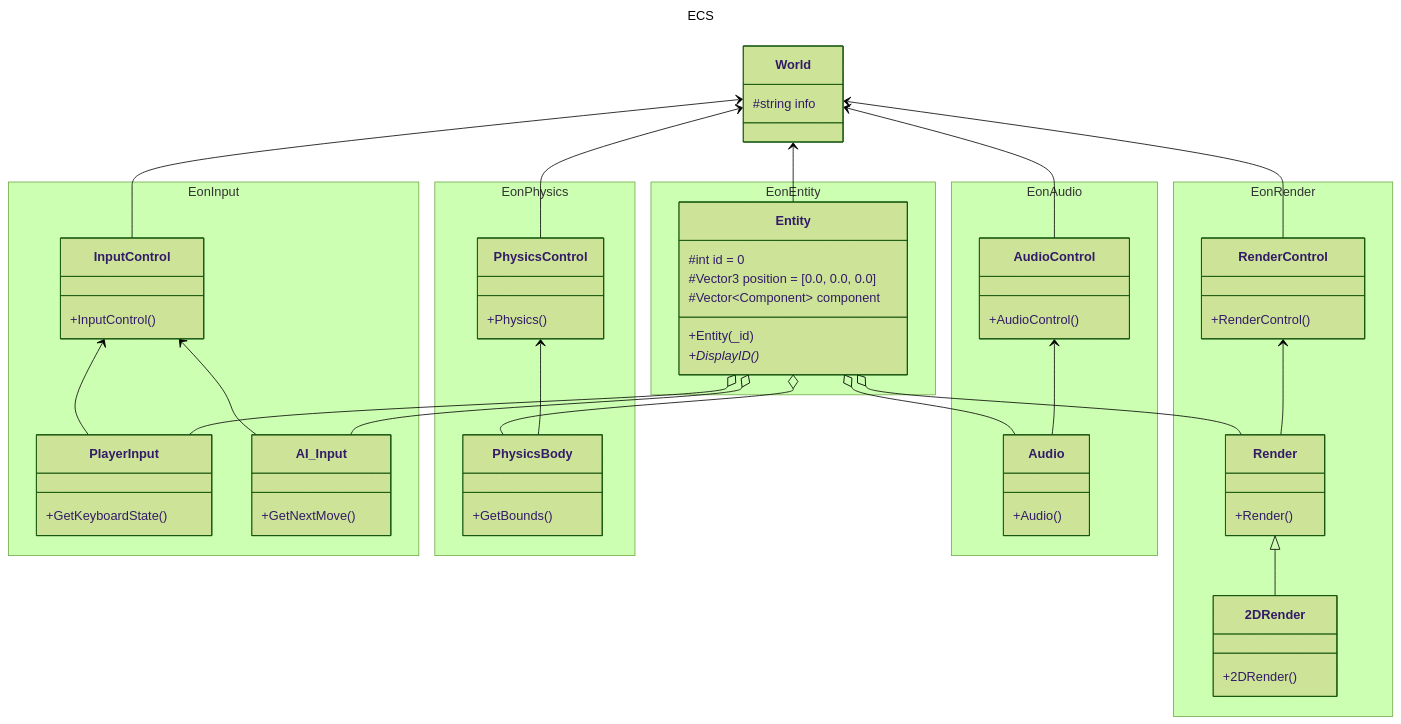
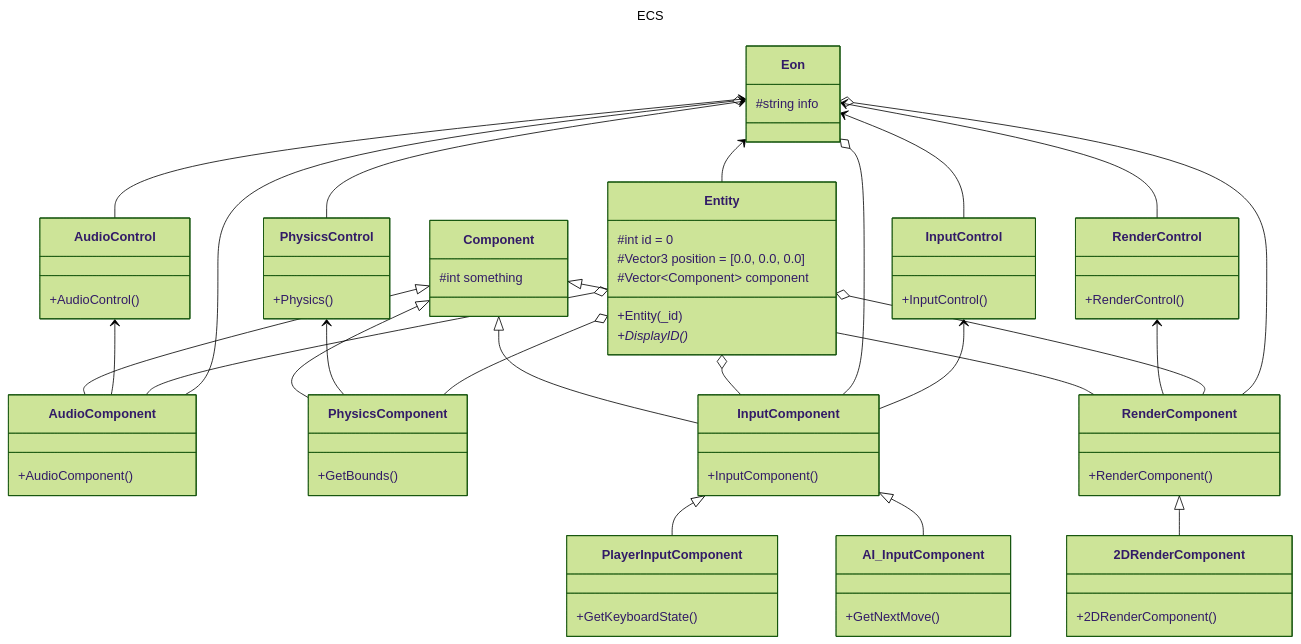
The diagram in docs/ClassDiagram.md (xololt-dev/Eon), drawn with Mermaid (forest theme) before and after one commit. The commit also changed 7 other files, not shown here.

````diff
--- a/docs/ClassDiagram.md
+++ b/docs/ClassDiagram.md
@@ -3,81 +3,87 @@
 title: ECS
 ---
 classDiagram
-	World <-- Entity
-	World <-- PhysicsControl
-	World <-- AudioControl
-	World <-- RenderControl
-	World <-- InputControl
-	PhysicsControl <-- PhysicsBody
-	AudioControl <-- Audio
-	RenderControl <-- Render
-	Entity o-- PlayerInput
-	Entity o-- AI_Input
-	InputControl <-- PlayerInput
-	InputControl <-- AI_Input
-	Entity o-- Render
-	Render <|-- 2DRender
-	Entity o-- Audio
-	Entity o-- PhysicsBody
+	Eon <-- Entity
+	Eon <-- PhysicsControl
+	Eon <-- AudioControl
+	Eon <-- RenderControl
+	Eon <-- InputControl
+	Component <|-- AudioComponent
+	Component <|-- PhysicsComponent
+	Component <|-- RenderComponent
+	Component <|-- InputComponent
+	PhysicsControl <-- PhysicsComponent
+	AudioControl <-- AudioComponent
+	RenderControl <-- RenderComponent
+	Entity o-- InputComponent
+	Eon o-- InputComponent
+	InputComponent <|-- PlayerInputComponent
+	InputComponent <|-- AI_InputComponent
+	InputControl <-- InputComponent
+	Entity o-- RenderComponent
+	Eon o-- RenderComponent
+	RenderComponent <|-- 2DRenderComponent
+	Entity o-- AudioComponent
+	Eon o-- AudioComponent
+	Entity o-- PhysicsComponent
 	
-class World {
+class Eon {
 	#string info
 }
 
-namespace EonEntity {
-	class Entity {
-		#int id = 0
-		#Vector3 position = [0.0, 0.0, 0.0]
-		#Vector~Component~ component
-		+Entity(_id) 
-		+DisplayID()*
-	}
+class Component {
+	#int something
 }
 
-namespace EonInput {
-	class InputControl {
-		+InputControl()
-	}
-	class PlayerInput {
-		+GetKeyboardState()
-	}
-
-	class AI_Input {
-		+GetNextMove()
-	}
+class Entity {
+	#int id = 0
+	#Vector3 position = [0.0, 0.0, 0.0]
+	#Vector~Component~ component
+	+Entity(_id) 
+	+DisplayID()*
 }
 
-namespace EonPhysics {
-	class PhysicsBody {
-		+GetBounds()
-	}
-	
-	class PhysicsControl {
-		+Physics()
-	}
+class InputControl {
+	+InputControl()
 }
 
-namespace EonAudio {
-	class AudioControl {
-		+AudioControl()
-	}
-	
-	class Audio {
-		+Audio()
-	}
+class InputComponent {
+	+InputComponent()
 }
 
-namespace EonRender {
-	class RenderControl {
-		+RenderControl()
-	}
-	
-	class Render {
-		+Render()
-	}
-	
-	class 2DRender {
-		+2DRender()
-	}
+class PlayerInputComponent {
+	+GetKeyboardState()
+}
+
+class AI_InputComponent {
+	+GetNextMove()
+}
+
+class PhysicsComponent {
+	+GetBounds()
+}
+
+class PhysicsControl {
+	+Physics()
+}
+
+class AudioControl {
+	+AudioControl()
+}
+
+class AudioComponent {
+	+AudioComponent()
+}
+
+class RenderControl {
+	+RenderControl()
+}
+
+class RenderComponent {
+	+RenderComponent()
+}
+
+class 2DRenderComponent {
+	+2DRenderComponent()
 }
 ```
````
